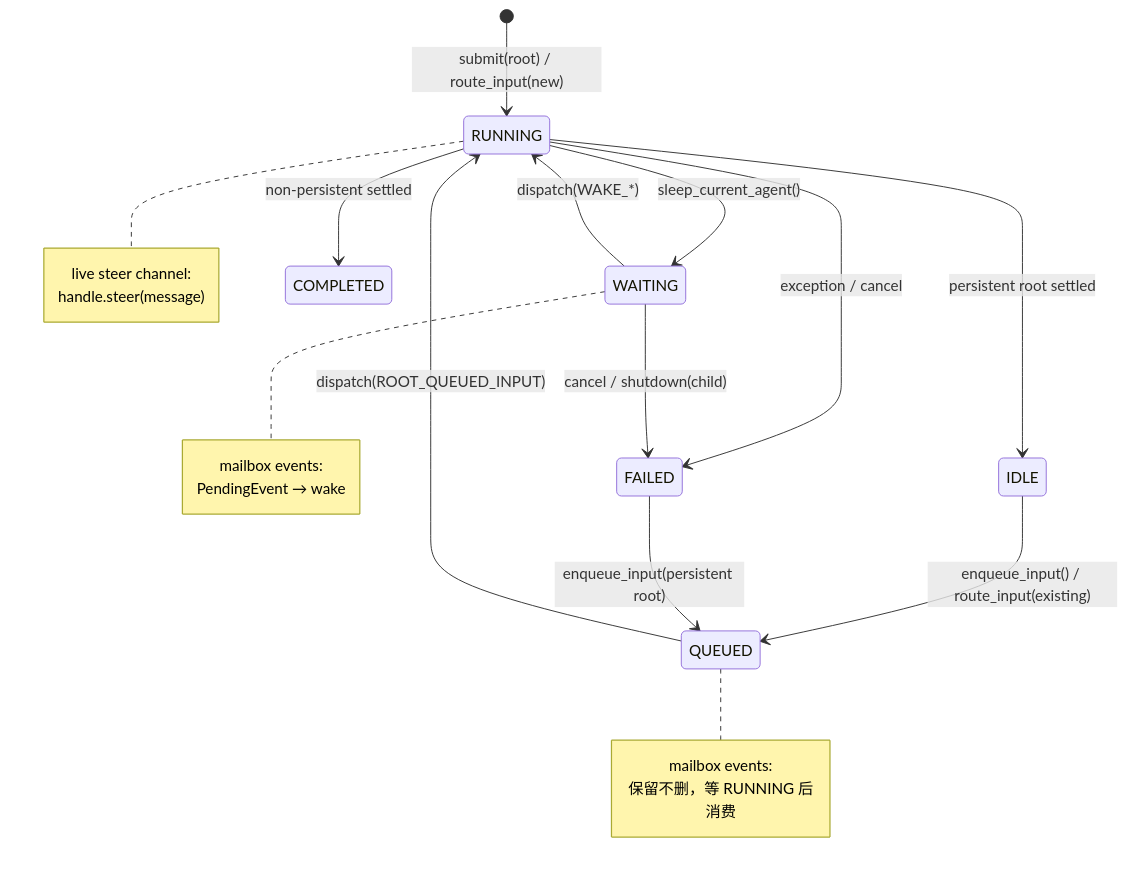
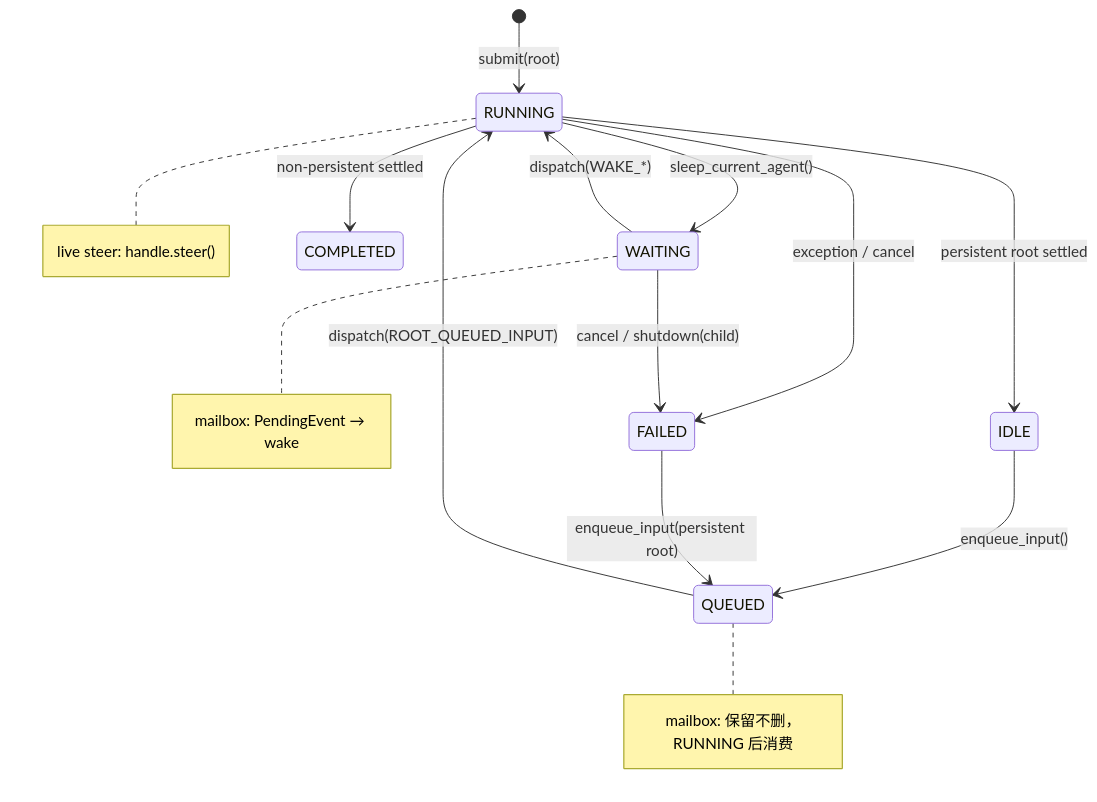
One commit to xhwSkhizein/agiwo changed the second of 3 diagrams in docs/refactor/scheduler-layer-by-opus/04-combined-revision.md. Above: the diagram before and after it, drawn with Mermaid. The commit also changed other lines of this file, not shown here.

````diff
--- a/docs/refactor/scheduler-layer-by-opus/04-combined-revision.md
+++ b/docs/refactor/scheduler-layer-by-opus/04-combined-revision.md
@@ -521,31 +468,28 @@
 ```mermaid
 stateDiagram-v2
-    [*] --> RUNNING : submit(root) / route_input(new)
+    [*] --> RUNNING : submit(root)
 
     RUNNING --> WAITING : sleep_current_agent()
     RUNNING --> IDLE : persistent root settled
     RUNNING --> COMPLETED : non-persistent settled
     RUNNING --> FAILED : exception / cancel
 
-    IDLE --> QUEUED : enqueue_input() / route_input(existing)
+    IDLE --> QUEUED : enqueue_input()
     FAILED --> QUEUED : enqueue_input(persistent root)
     QUEUED --> RUNNING : dispatch(ROOT_QUEUED_INPUT)
 
     WAITING --> RUNNING : dispatch(WAKE_*)
     WAITING --> FAILED : cancel / shutdown(child)
 
     note right of RUNNING
-        live steer channel:
-        handle.steer(message)
+        live steer: handle.steer()
     end note
 
     note right of WAITING
-        mailbox events:
-        PendingEvent → wake
+        mailbox: PendingEvent → wake
     end note
 
     note right of QUEUED
-        mailbox events:
-        保留不删，等 RUNNING 后消费
+        mailbox: 保留不删，RUNNING 后消费
     end note
 ```
````
